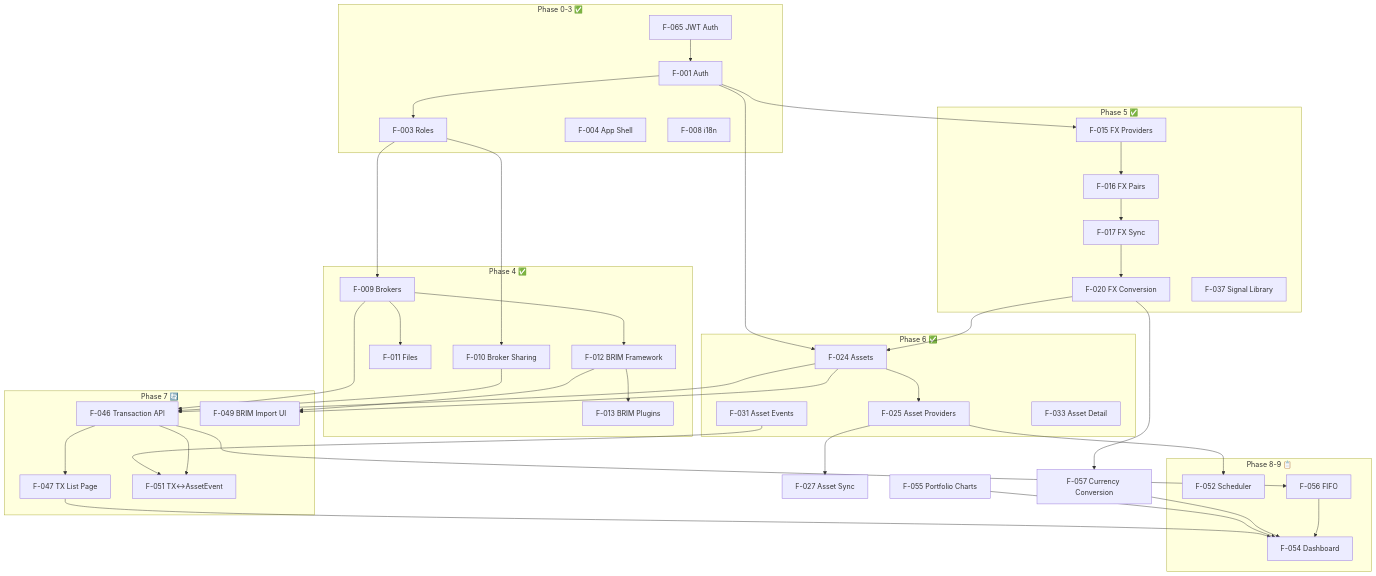
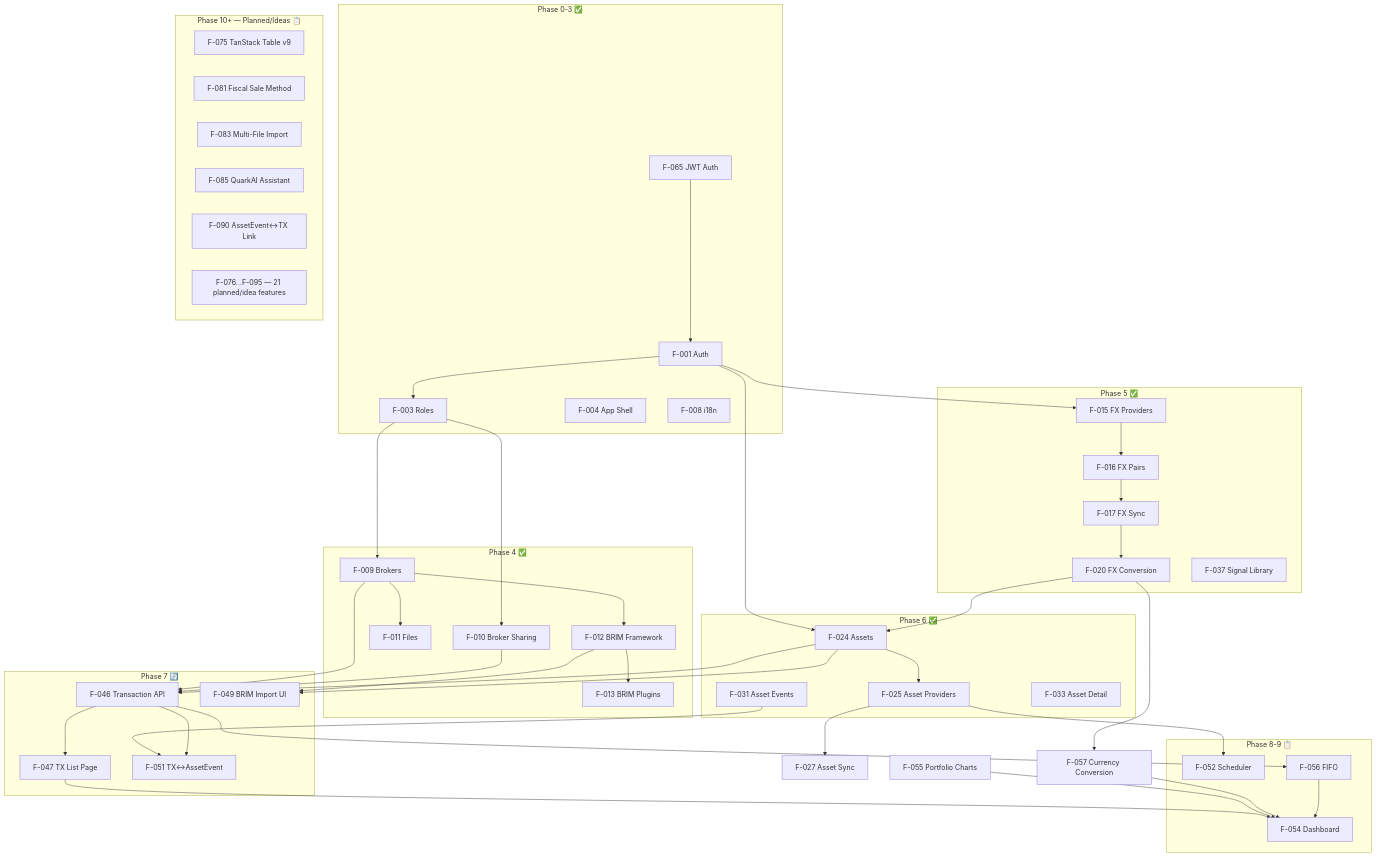
Before and after one commit to Librefolio/LibreFolio: the diagram in LibreFolio_devWiki/wiki/connections/dependency-graph.md, drawn with Mermaid. The commit also changed other lines of this file and 110 other files, not shown here.

```diff
--- a/LibreFolio_devWiki/wiki/connections/dependency-graph.md
+++ b/LibreFolio_devWiki/wiki/connections/dependency-graph.md
@@ -54,6 +55,15 @@
     F056[F-056 FIFO]
   end
 
+  subgraph "Phase 10+ — Planned/Ideas 📋"
+    F075[F-075 TanStack Table v9]
+    F081[F-081 Fiscal Sale Method]
+    F083[F-083 Multi-File Import]
+    F085[F-085 QuarkAI Assistant]
+    F090[F-090 AssetEvent↔TX Link]
+    FREST[F-076…F-095 — 21 planned/idea features]
+  end
+
   F001 --> F003
   F065 --> F001
   F003 --> F009
```
